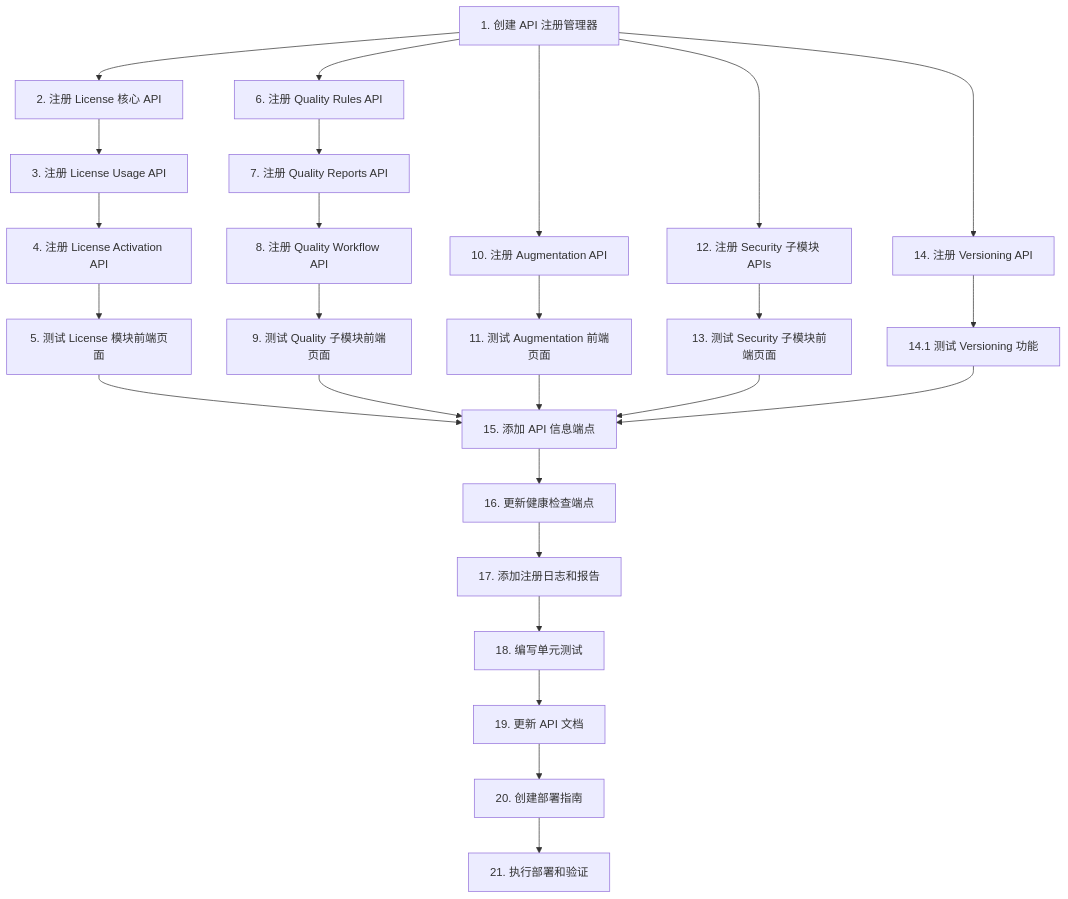
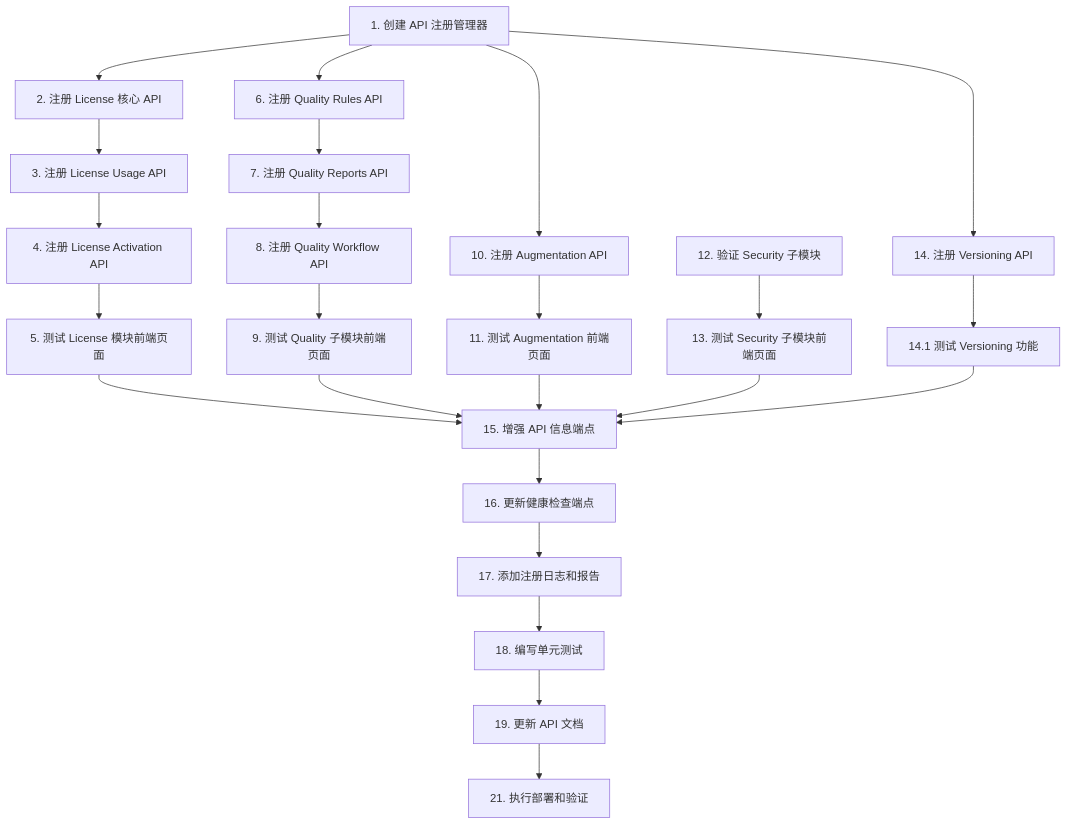
The diagram in .kiro/specs/api-registration-fix/tasks.md (Angus1976/superinsight1225), drawn with Mermaid before and after one commit. The commit also changed other lines of this file and 108 other files, not shown here.

````diff
--- a/.kiro/specs/api-registration-fix/tasks.md
+++ b/.kiro/specs/api-registration-fix/tasks.md
@@ -235,35 +217,33 @@
 ```mermaid
 graph TD
     A[1. 创建 API 注册管理器] --> B[2. 注册 License 核心 API]
     A --> C[6. 注册 Quality Rules API]
     A --> D[10. 注册 Augmentation API]
-    A --> E[12. 注册 Security 子模块 APIs]
     A --> F[14. 注册 Versioning API]
     
     B --> G[3. 注册 License Usage API]
     G --> H[4. 注册 License Activation API]
     H --> I[5. 测试 License 模块前端页面]
     
     C --> J[7. 注册 Quality Reports API]
     J --> K[8. 注册 Quality Workflow API]
     K --> L[9. 测试 Quality 子模块前端页面]
     
     D --> M[11. 测试 Augmentation 前端页面]
     
-    E --> N[13. 测试 Security 子模块前端页面]
+    E[12. 验证 Security 子模块] --> N[13. 测试 Security 子模块前端页面]
     
     F --> O[14.1 测试 Versioning 功能]
     
-    I --> P[15. 添加 API 信息端点]
+    I --> P[15. 增强 API 信息端点]
     L --> P
     M --> P
     N --> P
     O --> P
     
     P --> Q[16. 更新健康检查端点]
     Q --> R[17. 添加注册日志和报告]
     R --> S[18. 编写单元测试]
     S --> T[19. 更新 API 文档]
-    T --> U[20. 创建部署指南]
-    U --> V[21. 执行部署和验证]
+    T --> U[21. 执行部署和验证]
 ```
````
